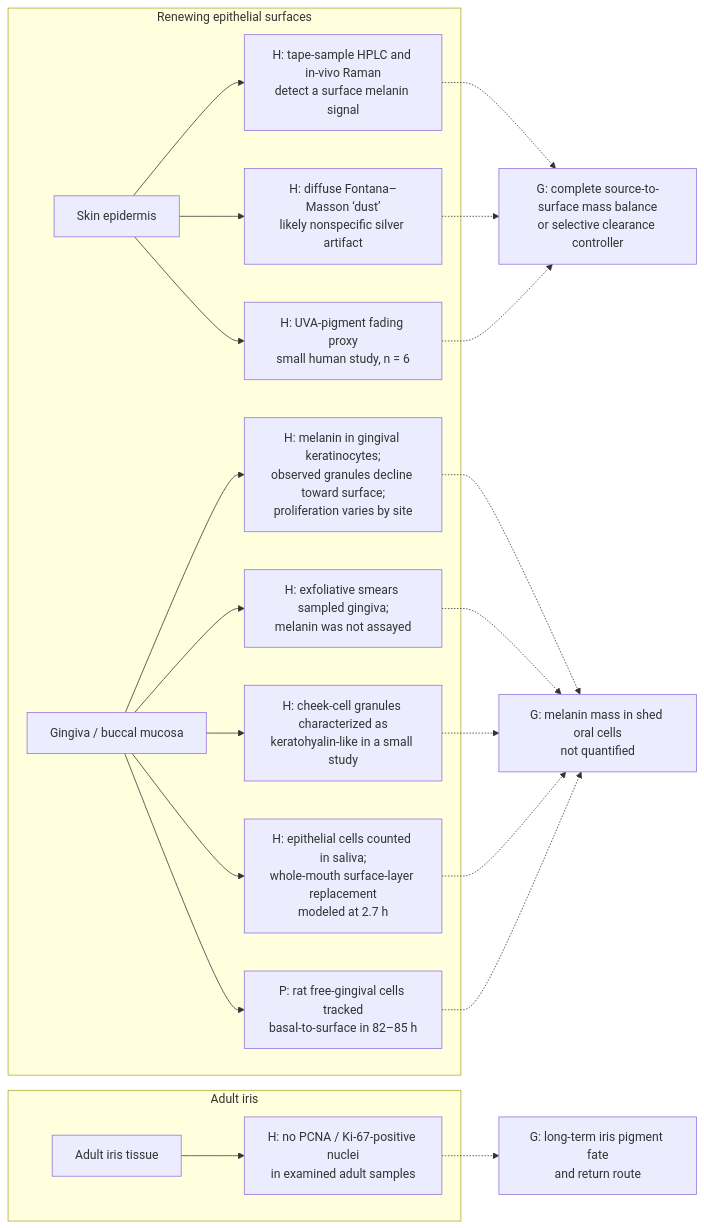
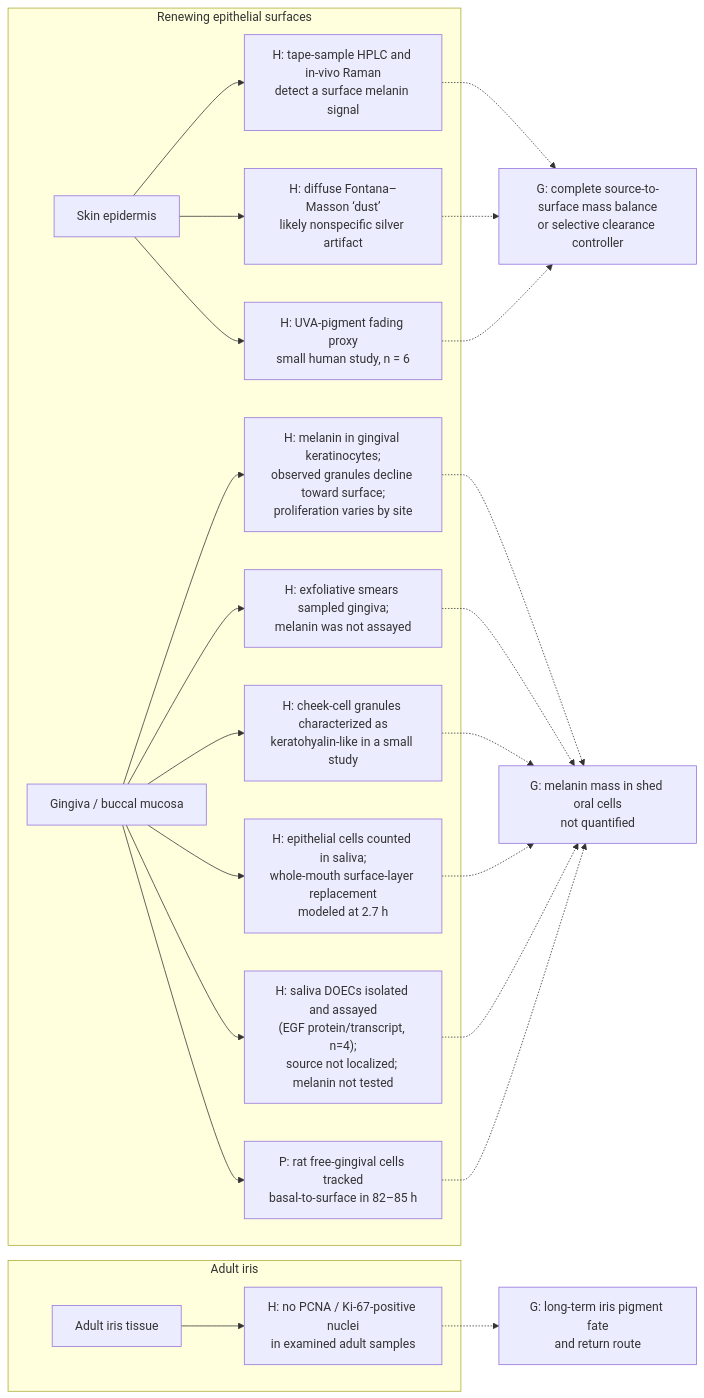
One commit to dylanstechmann/iris-color-without-contacts changed the sixth of 42 diagrams in research/tissue-pigment-atlas.md. Above: the diagram before and after it, drawn with Mermaid. The commit also changed other lines of this file, not shown here.

Commit message:
Clarify assayable oral-cell pigment-export gap

````diff
--- a/research/tissue-pigment-atlas.md
+++ b/research/tissue-pigment-atlas.md
@@ -171,25 +171,27 @@
 ```mermaid
 flowchart LR
     subgraph surfaces["Renewing epithelial surfaces"]
         Skin["Skin epidermis"] --> SkinEvidence["H: tape-sample HPLC and in-vivo Raman<br/>detect a surface melanin signal"]
         Skin --> SkinStain["H: diffuse Fontana–Masson ‘dust’<br/>likely nonspecific silver artifact"]
         Skin --> SkinProxy["H: UVA-pigment fading proxy<br/>small human study, n = 6"]
         Oral["Gingiva / buccal mucosa"] --> OralEvidence["H: melanin in gingival keratinocytes;<br/>observed granules decline toward surface;<br/>proliferation varies by site"]
         Oral --> ShedCellEvidence["H: exfoliative smears sampled gingiva;<br/>melanin was not assayed"]
         Oral --> ShedGranuleEvidence["H: cheek-cell granules characterized as<br/>keratohyalin-like in a small study"]
         Oral --> OralShedding["H: epithelial cells counted in saliva;<br/>whole-mouth surface-layer replacement<br/>modeled at 2.7 h"]
+        Oral --> OralCellAssay["H: saliva DOECs isolated and assayed<br/>(EGF protein/transcript, n=4);<br/>source not localized; melanin not tested"]
         Oral --> RatTransit["P: rat free-gingival cells tracked<br/>basal-to-surface in 82–85 h"]
     end
     subgraph iris["Adult iris"]
         Iris["Adult iris tissue"] --> IrisEvidence["H: no PCNA / Ki-67-positive nuclei<br/>in examined adult samples"]
     end
     SkinEvidence -.-> SkinGap
     SkinStain -.-> SkinGap
     SkinProxy -.-> SkinGap["G: complete source-to-surface mass balance<br/>or selective clearance controller"]
     OralEvidence -.-> OralGap["G: melanin mass in shed oral cells<br/>not quantified"]
     ShedCellEvidence -.-> OralGap
     ShedGranuleEvidence -.-> OralGap
     OralShedding -.-> OralGap
+    OralCellAssay -.-> OralGap
     RatTransit -.-> OralGap
     IrisEvidence -.-> IrisGap["G: long-term iris pigment fate<br/>and return route"]
 ```
````
